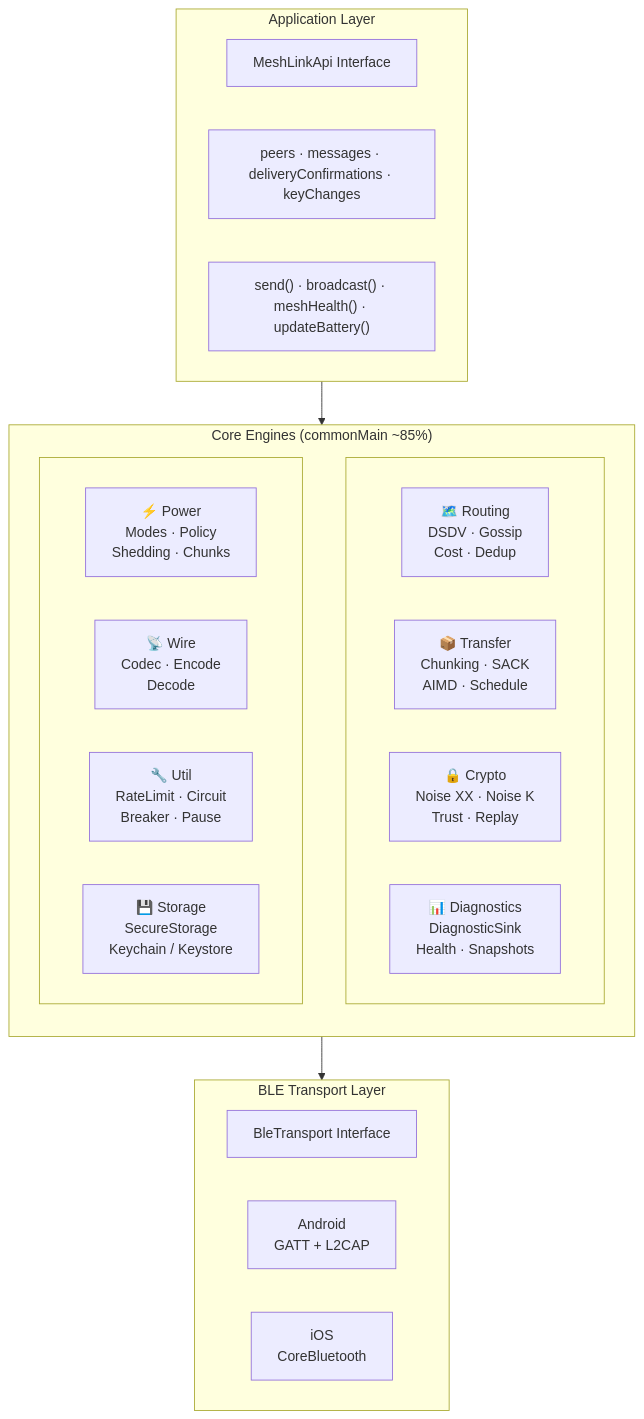
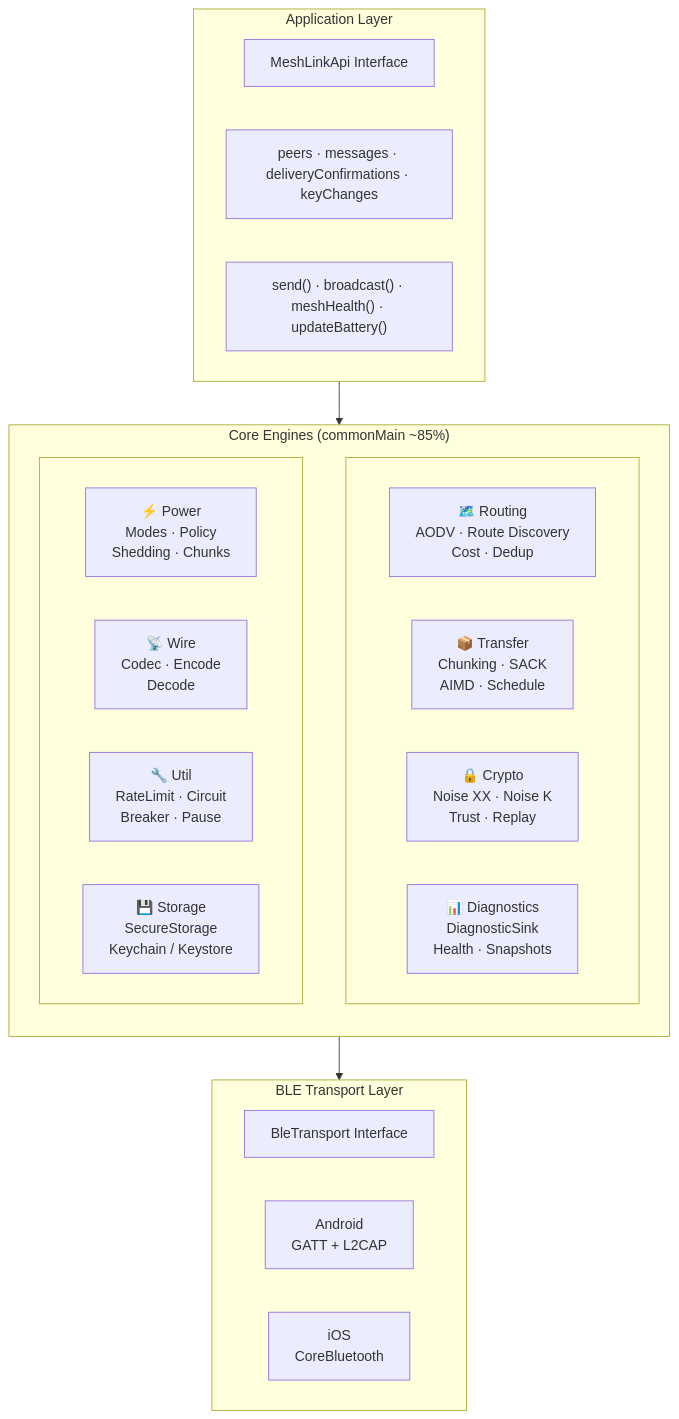
One commit to trancee/MeshLink changed the first of 4 diagrams in docs/architecture.md. Above: the diagram before and after it, drawn with Mermaid. The commit also changed other lines of this file and 5 other files, not shown here.

First line of the commit message:
docs: clean up documentation — de-duplicate design.md, fix DSDV→AODV terminology across all docs

````diff
--- a/docs/architecture.md
+++ b/docs/architecture.md
@@ -25,36 +25,36 @@
 ```mermaid
 flowchart TD
     subgraph App["Application Layer"]
         direction LR
         API["MeshLinkApi Interface"]
         Flows["peers · messages · deliveryConfirmations · keyChanges"]
         Methods["send() · broadcast() · meshHealth() · updateBattery()"]
     end
 
     subgraph Core["Core Engines (commonMain ~85%)"]
         direction TB
         subgraph Row1[" "]
             direction LR
-            Routing["🗺️ Routing<br/>DSDV · Gossip<br/>Cost · Dedup"]
+            Routing["🗺️ Routing<br/>AODV · Route Discovery<br/>Cost · Dedup"]
             Transfer["📦 Transfer<br/>Chunking · SACK<br/>AIMD · Schedule"]
             Crypto["🔒 Crypto<br/>Noise XX · Noise K<br/>Trust · Replay"]
             Diag["📊 Diagnostics<br/>DiagnosticSink<br/>Health · Snapshots"]
         end
         subgraph Row2[" "]
             direction LR
             Power["⚡ Power<br/>Modes · Policy<br/>Shedding · Chunks"]
             Wire["📡 Wire<br/>Codec · Encode<br/>Decode"]
             Util["🔧 Util<br/>RateLimit · Circuit<br/>Breaker · Pause"]
             Storage["💾 Storage<br/>SecureStorage<br/>Keychain / Keystore"]
         end
     end
 
     subgraph Transport["BLE Transport Layer"]
         direction LR
         BleAPI["BleTransport Interface"]
         Android["Android<br/>GATT + L2CAP"]
         iOS["iOS<br/>CoreBluetooth"]
     end
 
     App --> Core --> Transport
 ```
````
